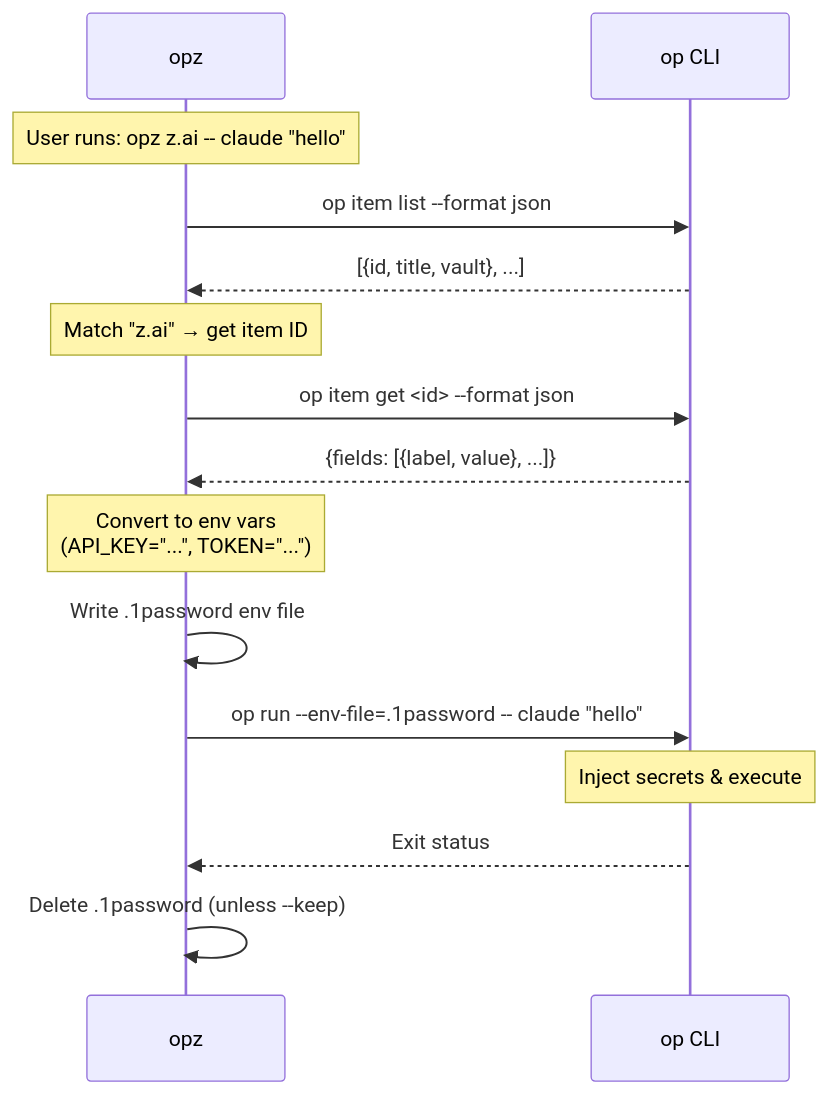
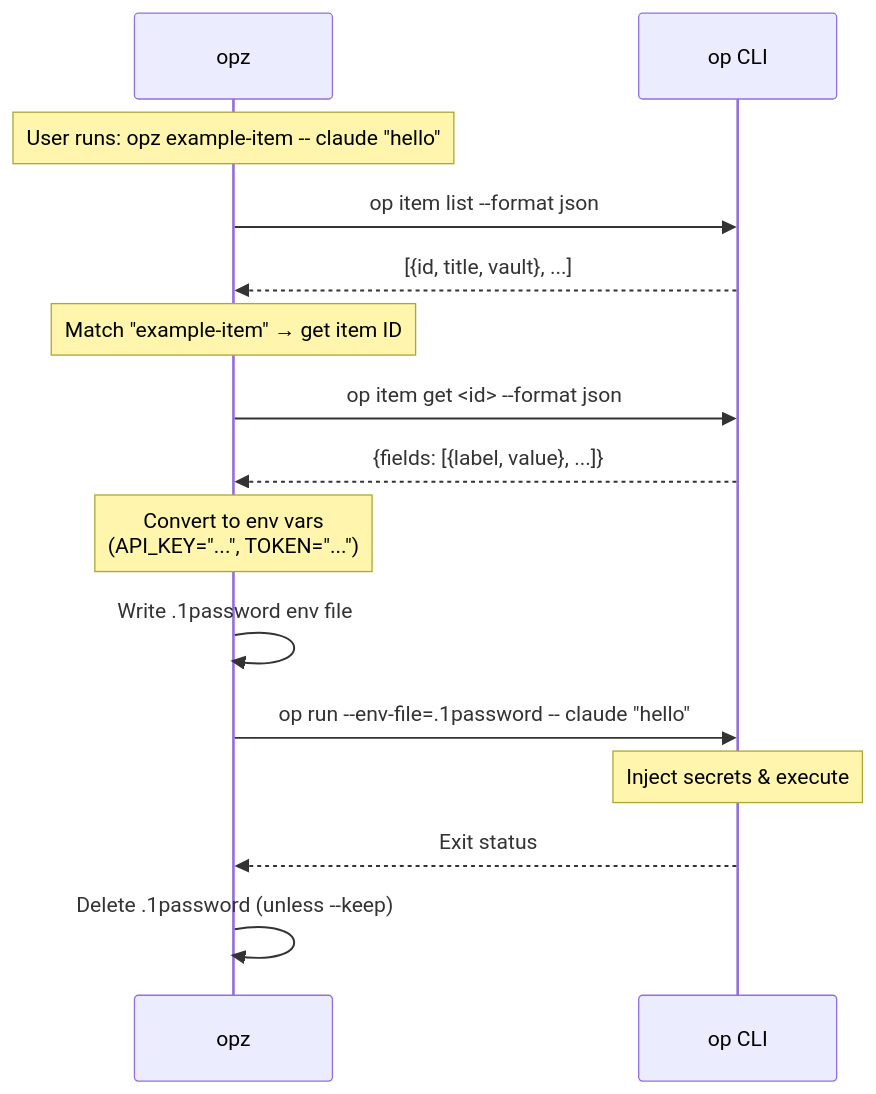
Before and after one commit to f4ah6o/opx: the diagram in README.md, drawn with Mermaid. The commit also changed other lines of this file and 1 other file, not shown here.

````diff
--- a/README.md
+++ b/README.md
@@ -72,23 +72,23 @@
 ```mermaid
 sequenceDiagram
     participant opz
     participant op as op CLI
 
-    Note over opz: User runs: opz z.ai -- claude "hello"
+    Note over opz: User runs: opz example-item -- claude "hello"
 
     opz->>op: op item list --format json
     op-->>opz: [{id, title, vault}, ...]
-    Note over opz: Match "z.ai" → get item ID
+    Note over opz: Match "example-item" → get item ID
 
     opz->>op: op item get <id> --format json
     op-->>opz: {fields: [{label, value}, ...]}
     Note over opz: Convert to env vars<br/>(API_KEY="...", TOKEN="...")
 
     opz->>opz: Write .1password env file
 
     opz->>op: op run --env-file=.1password -- claude "hello"
     Note over op: Inject secrets & execute
     op-->>opz: Exit status
 
     opz->>opz: Delete .1password (unless --keep)
 ```
````
